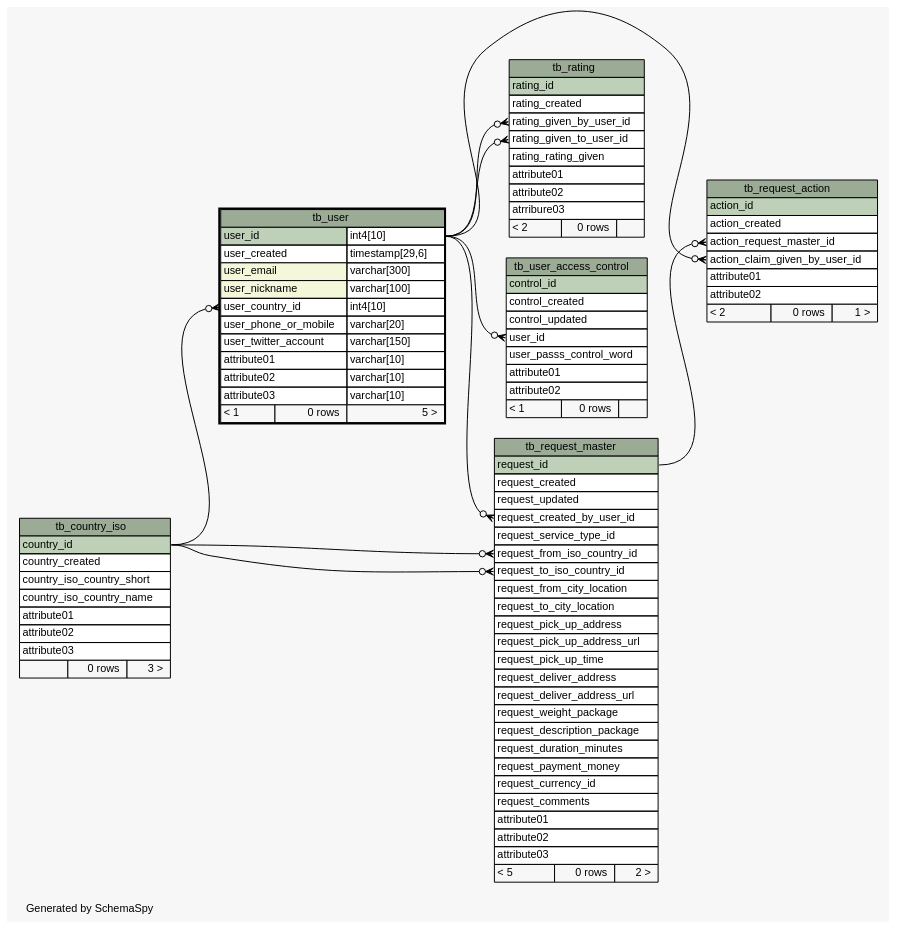
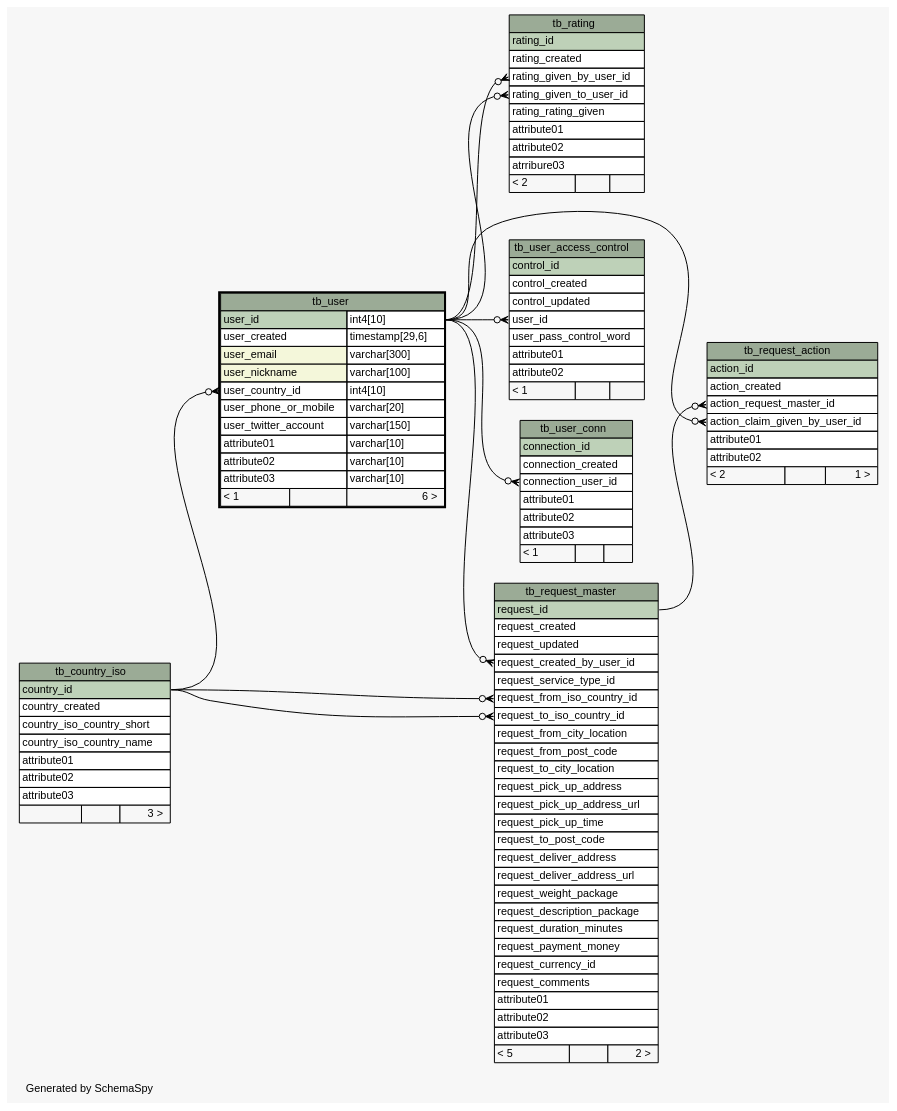
Before and after one commit to josetesan/bring2me: the diagram in database/schema/diagrams/tb_user.1degree.dot, drawn with Graphviz. The commit also changed 74 other files, not shown here.

Commit message:
New schema

```diff
--- a/database/schema/diagrams/tb_user.1degree.dot
+++ b/database/schema/diagrams/tb_user.1degree.dot
@@ -1,146 +1,164 @@
-// dot 2.34.0 on Linux 3.12.0-1-MANJARO
+// dot 2.34.0 on Linux 3.12.1-1-MANJARO
 // SchemaSpy rev 590
 digraph "oneDegreeRelationshipsDiagram" {
   graph [
     rankdir="RL"
     bgcolor="#f7f7f7"
     label="\nGenerated by SchemaSpy"
     labeljust="l"
     nodesep="0.18"
     ranksep="0.46"
     fontname="Helvetica"
     fontsize="11"
   ];
   node [
     fontname="Helvetica"
     fontsize="11"
     shape="plaintext"
   ];
   edge [
     arrowsize="0.8"
   ];
   "tb_rating":"rating_given_by_user_id":w -> "tb_user":"user_id.type":e [arrowhead=none dir=back arrowtail=crowodot];
   "tb_rating":"rating_given_to_user_id":w -> "tb_user":"user_id.type":e [arrowhead=none dir=back arrowtail=crowodot];
   "tb_request_action":"action_claim_given_by_user_id":w -> "tb_user":"user_id.type":e [arrowhead=none dir=back arrowtail=crowodot];
   "tb_request_action":"action_request_master_id":w -> "tb_request_master":"request_id":e [arrowhead=none dir=back arrowtail=crowodot];
   "tb_request_master":"request_created_by_user_id":w -> "tb_user":"user_id.type":e [arrowhead=none dir=back arrowtail=crowodot];
   "tb_request_master":"request_from_iso_country_id":w -> "tb_country_iso":"country_id":e [arrowhead=none dir=back arrowtail=crowodot];
   "tb_request_master":"request_to_iso_country_id":w -> "tb_country_iso":"country_id":e [arrowhead=none dir=back arrowtail=crowodot];
   "tb_user":"user_country_id":w -> "tb_country_iso":"country_id":e [arrowhead=none dir=back arrowtail=crowodot];
   "tb_user_access_control":"user_id":w -> "tb_user":"user_id.type":e [arrowhead=none dir=back arrowtail=crowodot];
+  "tb_user_conn":"connection_user_id":w -> "tb_user":"user_id.type":e [arrowhead=none dir=back arrowtail=crowodot];
   "tb_country_iso" [
     label=<
     <TABLE BORDER="0" CELLBORDER="1" CELLSPACING="0" BGCOLOR="#ffffff">
       <TR><TD COLSPAN="3" BGCOLOR="#9bab96" ALIGN="CENTER">tb_country_iso</TD></TR>
       <TR><TD PORT="country_id" COLSPAN="3" BGCOLOR="#bed1b8" ALIGN="LEFT">country_id</TD></TR>
       <TR><TD PORT="country_created" COLSPAN="3" ALIGN="LEFT">country_created</TD></TR>
       <TR><TD PORT="country_iso_country_short" COLSPAN="3" ALIGN="LEFT">country_iso_country_short</TD></TR>
       <TR><TD PORT="country_iso_country_name" COLSPAN="3" ALIGN="LEFT">country_iso_country_name</TD></TR>
       <TR><TD PORT="attribute01" COLSPAN="3" ALIGN="LEFT">attribute01</TD></TR>
       <TR><TD PORT="attribute02" COLSPAN="3" ALIGN="LEFT">attribute02</TD></TR>
       <TR><TD PORT="attribute03" COLSPAN="3" ALIGN="LEFT">attribute03</TD></TR>
-      <TR><TD ALIGN="LEFT" BGCOLOR="#f7f7f7">  </TD><TD ALIGN="RIGHT" BGCOLOR="#f7f7f7">0 rows</TD><TD ALIGN="RIGHT" BGCOLOR="#f7f7f7">3 &gt;</TD></TR>
+      <TR><TD ALIGN="LEFT" BGCOLOR="#f7f7f7">  </TD><TD ALIGN="RIGHT" BGCOLOR="#f7f7f7">  </TD><TD ALIGN="RIGHT" BGCOLOR="#f7f7f7">3 &gt;</TD></TR>
     </TABLE>>
     URL="tb_country_iso.html"
     tooltip="tb_country_iso"
   ];
   "tb_rating" [
     label=<
     <TABLE BORDER="0" CELLBORDER="1" CELLSPACING="0" BGCOLOR="#ffffff">
       <TR><TD COLSPAN="3" BGCOLOR="#9bab96" ALIGN="CENTER">tb_rating</TD></TR>
       <TR><TD PORT="rating_id" COLSPAN="3" BGCOLOR="#bed1b8" ALIGN="LEFT">rating_id</TD></TR>
       <TR><TD PORT="rating_created" COLSPAN="3" ALIGN="LEFT">rating_created</TD></TR>
       <TR><TD PORT="rating_given_by_user_id" COLSPAN="3" ALIGN="LEFT">rating_given_by_user_id</TD></TR>
       <TR><TD PORT="rating_given_to_user_id" COLSPAN="3" ALIGN="LEFT">rating_given_to_user_id</TD></TR>
       <TR><TD PORT="rating_rating_given" COLSPAN="3" ALIGN="LEFT">rating_rating_given</TD></TR>
       <TR><TD PORT="attribute01" COLSPAN="3" ALIGN="LEFT">attribute01</TD></TR>
       <TR><TD PORT="attribute02" COLSPAN="3" ALIGN="LEFT">attribute02</TD></TR>
       <TR><TD PORT="atrribure03" COLSPAN="3" ALIGN="LEFT">atrribure03</TD></TR>
-      <TR><TD ALIGN="LEFT" BGCOLOR="#f7f7f7">&lt; 2</TD><TD ALIGN="RIGHT" BGCOLOR="#f7f7f7">0 rows</TD><TD ALIGN="RIGHT" BGCOLOR="#f7f7f7">  </TD></TR>
+      <TR><TD ALIGN="LEFT" BGCOLOR="#f7f7f7">&lt; 2</TD><TD ALIGN="RIGHT" BGCOLOR="#f7f7f7">  </TD><TD ALIGN="RIGHT" BGCOLOR="#f7f7f7">  </TD></TR>
     </TABLE>>
     URL="tb_rating.html"
     tooltip="tb_rating"
   ];
   "tb_request_action" [
     label=<
     <TABLE BORDER="0" CELLBORDER="1" CELLSPACING="0" BGCOLOR="#ffffff">
       <TR><TD COLSPAN="3" BGCOLOR="#9bab96" ALIGN="CENTER">tb_request_action</TD></TR>
       <TR><TD PORT="action_id" COLSPAN="3" BGCOLOR="#bed1b8" ALIGN="LEFT">action_id</TD></TR>
       <TR><TD PORT="action_created" COLSPAN="3" ALIGN="LEFT">action_created</TD></TR>
       <TR><TD PORT="action_request_master_id" COLSPAN="3" ALIGN="LEFT">action_request_master_id</TD></TR>
       <TR><TD PORT="action_claim_given_by_user_id" COLSPAN="3" ALIGN="LEFT">action_claim_given_by_user_id</TD></TR>
       <TR><TD PORT="attribute01" COLSPAN="3" ALIGN="LEFT">attribute01</TD></TR>
       <TR><TD PORT="attribute02" COLSPAN="3" ALIGN="LEFT">attribute02</TD></TR>
-      <TR><TD ALIGN="LEFT" BGCOLOR="#f7f7f7">&lt; 2</TD><TD ALIGN="RIGHT" BGCOLOR="#f7f7f7">0 rows</TD><TD ALIGN="RIGHT" BGCOLOR="#f7f7f7">1 &gt;</TD></TR>
+      <TR><TD ALIGN="LEFT" BGCOLOR="#f7f7f7">&lt; 2</TD><TD ALIGN="RIGHT" BGCOLOR="#f7f7f7">  </TD><TD ALIGN="RIGHT" BGCOLOR="#f7f7f7">1 &gt;</TD></TR>
     </TABLE>>
     URL="tb_request_action.html"
     tooltip="tb_request_action"
   ];
   "tb_request_master" [
     label=<
     <TABLE BORDER="0" CELLBORDER="1" CELLSPACING="0" BGCOLOR="#ffffff">
       <TR><TD COLSPAN="3" BGCOLOR="#9bab96" ALIGN="CENTER">tb_request_master</TD></TR>
       <TR><TD PORT="request_id" COLSPAN="3" BGCOLOR="#bed1b8" ALIGN="LEFT">request_id</TD></TR>
       <TR><TD PORT="request_created" COLSPAN="3" ALIGN="LEFT">request_created</TD></TR>
       <TR><TD PORT="request_updated" COLSPAN="3" ALIGN="LEFT">request_updated</TD></TR>
       <TR><TD PORT="request_created_by_user_id" COLSPAN="3" ALIGN="LEFT">request_created_by_user_id</TD></TR>
       <TR><TD PORT="request_service_type_id" COLSPAN="3" ALIGN="LEFT">request_service_type_id</TD></TR>
       <TR><TD PORT="request_from_iso_country_id" COLSPAN="3" ALIGN="LEFT">request_from_iso_country_id</TD></TR>
       <TR><TD PORT="request_to_iso_country_id" COLSPAN="3" ALIGN="LEFT">request_to_iso_country_id</TD></TR>
       <TR><TD PORT="request_from_city_location" COLSPAN="3" ALIGN="LEFT">request_from_city_location</TD></TR>
+      <TR><TD PORT="request_from_post_code" COLSPAN="3" ALIGN="LEFT">request_from_post_code</TD></TR>
       <TR><TD PORT="request_to_city_location" COLSPAN="3" ALIGN="LEFT">request_to_city_location</TD></TR>
       <TR><TD PORT="request_pick_up_address" COLSPAN="3" ALIGN="LEFT">request_pick_up_address</TD></TR>
       <TR><TD PORT="request_pick_up_address_url" COLSPAN="3" ALIGN="LEFT">request_pick_up_address_url</TD></TR>
       <TR><TD PORT="request_pick_up_time" COLSPAN="3" ALIGN="LEFT">request_pick_up_time</TD></TR>
+      <TR><TD PORT="request_to_post_code" COLSPAN="3" ALIGN="LEFT">request_to_post_code</TD></TR>
       <TR><TD PORT="request_deliver_address" COLSPAN="3" ALIGN="LEFT">request_deliver_address</TD></TR>
       <TR><TD PORT="request_deliver_address_url" COLSPAN="3" ALIGN="LEFT">request_deliver_address_url</TD></TR>
       <TR><TD PORT="request_weight_package" COLSPAN="3" ALIGN="LEFT">request_weight_package</TD></TR>
       <TR><TD PORT="request_description_package" COLSPAN="3" ALIGN="LEFT">request_description_package</TD></TR>
       <TR><TD PORT="request_duration_minutes" COLSPAN="3" ALIGN="LEFT">request_duration_minutes</TD></TR>
       <TR><TD PORT="request_payment_money" COLSPAN="3" ALIGN="LEFT">request_payment_money</TD></TR>
       <TR><TD PORT="request_currency_id" COLSPAN="3" ALIGN="LEFT">request_currency_id</TD></TR>
       <TR><TD PORT="request_comments" COLSPAN="3" ALIGN="LEFT">request_comments</TD></TR>
       <TR><TD PORT="attribute01" COLSPAN="3" ALIGN="LEFT">attribute01</TD></TR>
       <TR><TD PORT="attribute02" COLSPAN="3" ALIGN="LEFT">attribute02</TD></TR>
       <TR><TD PORT="attribute03" COLSPAN="3" ALIGN="LEFT">attribute03</TD></TR>
-      <TR><TD ALIGN="LEFT" BGCOLOR="#f7f7f7">&lt; 5</TD><TD ALIGN="RIGHT" BGCOLOR="#f7f7f7">0 rows</TD><TD ALIGN="RIGHT" BGCOLOR="#f7f7f7">2 &gt;</TD></TR>
+      <TR><TD ALIGN="LEFT" BGCOLOR="#f7f7f7">&lt; 5</TD><TD ALIGN="RIGHT" BGCOLOR="#f7f7f7">  </TD><TD ALIGN="RIGHT" BGCOLOR="#f7f7f7">2 &gt;</TD></TR>
     </TABLE>>
     URL="tb_request_master.html"
     tooltip="tb_request_master"
   ];
   "tb_user" [
     label=<
     <TABLE BORDER="2" CELLBORDER="1" CELLSPACING="0" BGCOLOR="#ffffff">
       <TR><TD COLSPAN="3" BGCOLOR="#9bab96" ALIGN="CENTER">tb_user</TD></TR>
       <TR><TD PORT="user_id" COLSPAN="2" BGCOLOR="#bed1b8" ALIGN="LEFT">user_id</TD><TD PORT="user_id.type" ALIGN="LEFT">int4[10]</TD></TR>
       <TR><TD PORT="user_created" COLSPAN="2" ALIGN="LEFT">user_created</TD><TD PORT="user_created.type" ALIGN="LEFT">timestamp[29,6]</TD></TR>
       <TR><TD PORT="user_email" COLSPAN="2" BGCOLOR="#f4f7da" ALIGN="LEFT">user_email</TD><TD PORT="user_email.type" ALIGN="LEFT">varchar[300]</TD></TR>
       <TR><TD PORT="user_nickname" COLSPAN="2" BGCOLOR="#f4f7da" ALIGN="LEFT">user_nickname</TD><TD PORT="user_nickname.type" ALIGN="LEFT">varchar[100]</TD></TR>
       <TR><TD PORT="user_country_id" COLSPAN="2" ALIGN="LEFT">user_country_id</TD><TD PORT="user_country_id.type" ALIGN="LEFT">int4[10]</TD></TR>
       <TR><TD PORT="user_phone_or_mobile" COLSPAN="2" ALIGN="LEFT">user_phone_or_mobile</TD><TD PORT="user_phone_or_mobile.type" ALIGN="LEFT">varchar[20]</TD></TR>
       <TR><TD PORT="user_twitter_account" COLSPAN="2" ALIGN="LEFT">user_twitter_account</TD><TD PORT="user_twitter_account.type" ALIGN="LEFT">varchar[150]</TD></TR>
       <TR><TD PORT="attribute01" COLSPAN="2" ALIGN="LEFT">attribute01</TD><TD PORT="attribute01.type" ALIGN="LEFT">varchar[10]</TD></TR>
       <TR><TD PORT="attribute02" COLSPAN="2" ALIGN="LEFT">attribute02</TD><TD PORT="attribute02.type" ALIGN="LEFT">varchar[10]</TD></TR>
       <TR><TD PORT="attribute03" COLSPAN="2" ALIGN="LEFT">attribute03</TD><TD PORT="attribute03.type" ALIGN="LEFT">varchar[10]</TD></TR>
-      <TR><TD ALIGN="LEFT" BGCOLOR="#f7f7f7">&lt; 1</TD><TD ALIGN="RIGHT" BGCOLOR="#f7f7f7">0 rows</TD><TD ALIGN="RIGHT" BGCOLOR="#f7f7f7">5 &gt;</TD></TR>
+      <TR><TD ALIGN="LEFT" BGCOLOR="#f7f7f7">&lt; 1</TD><TD ALIGN="RIGHT" BGCOLOR="#f7f7f7">  </TD><TD ALIGN="RIGHT" BGCOLOR="#f7f7f7">6 &gt;</TD></TR>
     </TABLE>>
     URL="tb_user.html"
     tooltip="tb_user"
   ];
   "tb_user_access_control" [
     label=<
     <TABLE BORDER="0" CELLBORDER="1" CELLSPACING="0" BGCOLOR="#ffffff">
       <TR><TD COLSPAN="3" BGCOLOR="#9bab96" ALIGN="CENTER">tb_user_access_control</TD></TR>
       <TR><TD PORT="control_id" COLSPAN="3" BGCOLOR="#bed1b8" ALIGN="LEFT">control_id</TD></TR>
       <TR><TD PORT="control_created" COLSPAN="3" ALIGN="LEFT">control_created</TD></TR>
       <TR><TD PORT="control_updated" COLSPAN="3" ALIGN="LEFT">control_updated</TD></TR>
       <TR><TD PORT="user_id" COLSPAN="3" ALIGN="LEFT">user_id</TD></TR>
-      <TR><TD PORT="user_passs_control_word" COLSPAN="3" ALIGN="LEFT">user_passs_control_word</TD></TR>
+      <TR><TD PORT="user_pass_control_word" COLSPAN="3" ALIGN="LEFT">user_pass_control_word</TD></TR>
       <TR><TD PORT="attribute01" COLSPAN="3" ALIGN="LEFT">attribute01</TD></TR>
       <TR><TD PORT="attribute02" COLSPAN="3" ALIGN="LEFT">attribute02</TD></TR>
-      <TR><TD ALIGN="LEFT" BGCOLOR="#f7f7f7">&lt; 1</TD><TD ALIGN="RIGHT" BGCOLOR="#f7f7f7">0 rows</TD><TD ALIGN="RIGHT" BGCOLOR="#f7f7f7">  </TD></TR>
+      <TR><TD ALIGN="LEFT" BGCOLOR="#f7f7f7">&lt; 1</TD><TD ALIGN="RIGHT" BGCOLOR="#f7f7f7">  </TD><TD ALIGN="RIGHT" BGCOLOR="#f7f7f7">  </TD></TR>
     </TABLE>>
     URL="tb_user_access_control.html"
     tooltip="tb_user_access_control"
   ];
+  "tb_user_conn" [
+    label=<
+    <TABLE BORDER="0" CELLBORDER="1" CELLSPACING="0" BGCOLOR="#ffffff">
+      <TR><TD COLSPAN="3" BGCOLOR="#9bab96" ALIGN="CENTER">tb_user_conn</TD></TR>
+      <TR><TD PORT="connection_id" COLSPAN="3" BGCOLOR="#bed1b8" ALIGN="LEFT">connection_id</TD></TR>
+      <TR><TD PORT="connection_created" COLSPAN="3" ALIGN="LEFT">connection_created</TD></TR>
+      <TR><TD PORT="connection_user_id" COLSPAN="3" ALIGN="LEFT">connection_user_id</TD></TR>
+      <TR><TD PORT="attribute01" COLSPAN="3" ALIGN="LEFT">attribute01</TD></TR>
+      <TR><TD PORT="attribute02" COLSPAN="3" ALIGN="LEFT">attribute02</TD></TR>
+      <TR><TD PORT="attribute03" COLSPAN="3" ALIGN="LEFT">attribute03</TD></TR>
+      <TR><TD ALIGN="LEFT" BGCOLOR="#f7f7f7">&lt; 1</TD><TD ALIGN="RIGHT" BGCOLOR="#f7f7f7">  </TD><TD ALIGN="RIGHT" BGCOLOR="#f7f7f7">  </TD></TR>
+    </TABLE>>
+    URL="tb_user_conn.html"
+    tooltip="tb_user_conn"
+  ];
 }
```
